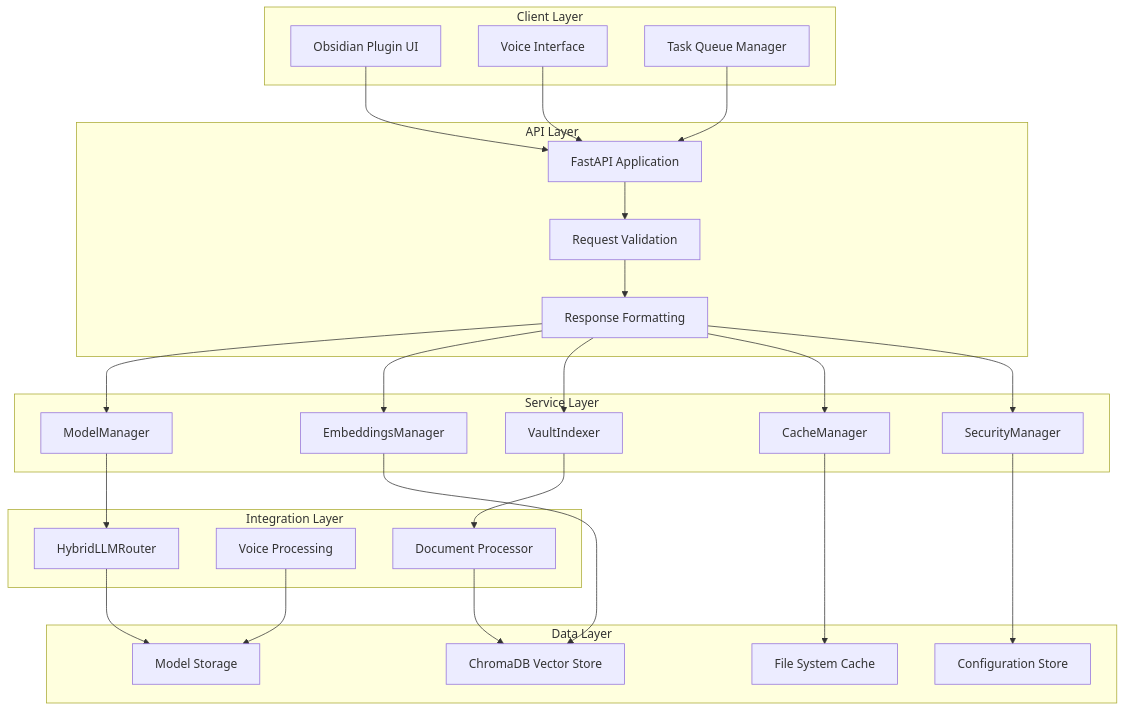
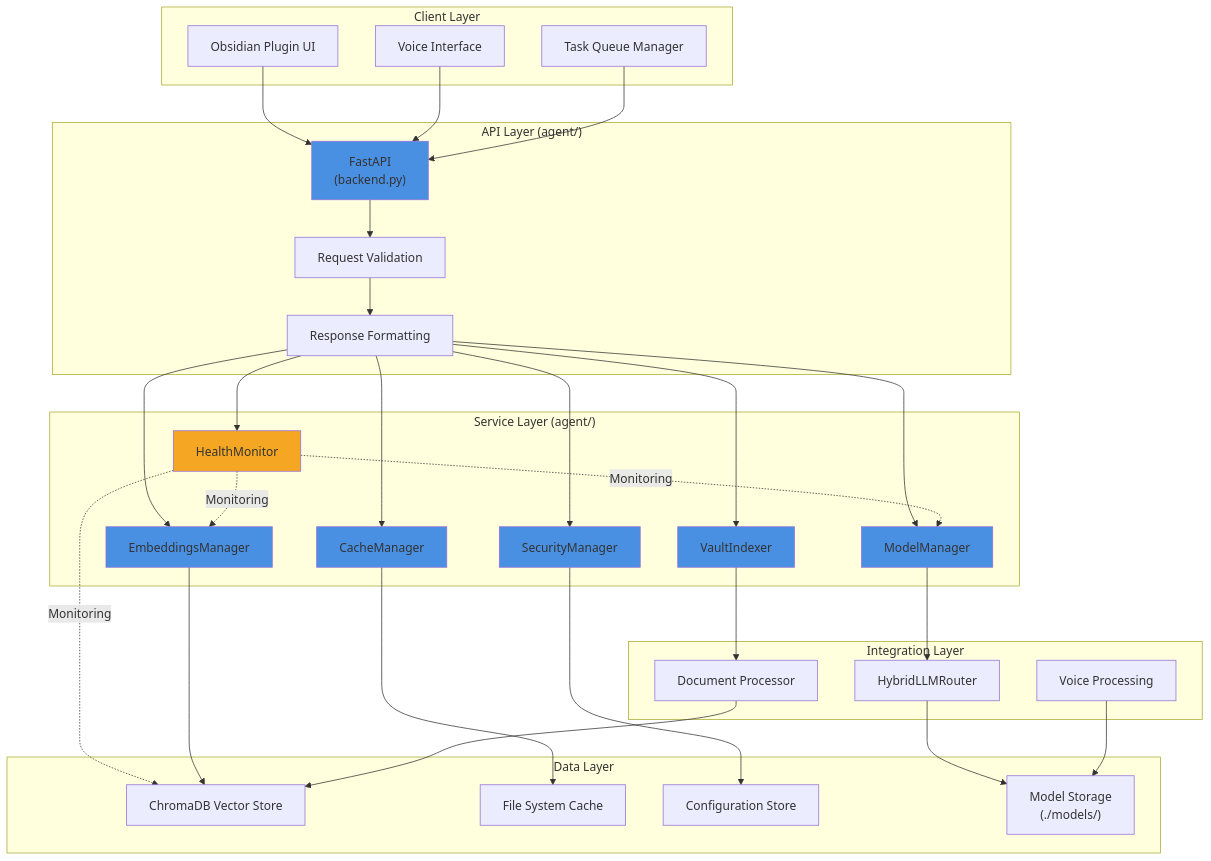
One commit to UndiFineD/obsidian-AI-assistant changed the first of 4 diagrams in docs/SYSTEM_ARCHITECTURE_SPECIFICATION.md. Above: the diagram before and after it, drawn with Mermaid. The commit also changed other lines of this file, not shown here.

First line of the commit message:
docs(ARCHITECTURE): Update for v0.1.35 with service interactions and data flows

````diff
--- a/docs/SYSTEM_ARCHITECTURE_SPECIFICATION.md
+++ b/docs/SYSTEM_ARCHITECTURE_SPECIFICATION.md
@@ -19,58 +33,71 @@
 ```mermaid
 graph TB
     subgraph "Client Layer"
         A[Obsidian Plugin UI]
         B[Voice Interface]
         C[Task Queue Manager]
     end
 
-    subgraph "API Layer"
-        D[FastAPI Application]
+    subgraph "API Layer (agent/)"
+        D["FastAPI<br/>(backend.py)"]
         E[Request Validation]
         F[Response Formatting]
     end
 
-    subgraph "Service Layer"
+    subgraph "Service Layer (agent/)"
         G[ModelManager]
         H[EmbeddingsManager]
         I[VaultIndexer]
         J[CacheManager]
         K[SecurityManager]
+        L[HealthMonitor]
     end
 
     subgraph "Integration Layer"
-        L[HybridLLMRouter]
-        M[Voice Processing]
-        N[Document Processor]
+        M[HybridLLMRouter]
+        N[Voice Processing]
+        O[Document Processor]
     end
 
     subgraph "Data Layer"
-        O[ChromaDB Vector Store]
-        P[File System Cache]
-        Q[Configuration Store]
-        R[Model Storage]
+        P[ChromaDB Vector Store]
+        Q[File System Cache]
+        R[Configuration Store]
+        S["Model Storage<br/>(./models/)"]
     end
 
     A --> D
     B --> D
     C --> D
 
     D --> E
     E --> F
+    F --> L
 
     F --> G
     F --> H
     F --> I
     F --> J
     F --> K
+    L -.Monitoring.-> G
+    L -.Monitoring.-> H
+    L -.Monitoring.-> P
 
-    G --> L
-    H --> O
-    I --> N
-    J --> P
-    K --> Q
+    G --> M
+    H --> P
+    I --> O
+    J --> Q
+    K --> R
 
-    L --> R
-    M --> R
-    N --> O
+    M --> S
+    N --> S
+    O --> P
+    
+    style D fill:#4a90e2
+    style G fill:#4a90e2
+    style H fill:#4a90e2
+    style I fill:#4a90e2
+    style J fill:#4a90e2
+    style K fill:#4a90e2
+    style L fill:#f5a623
 ```
````
